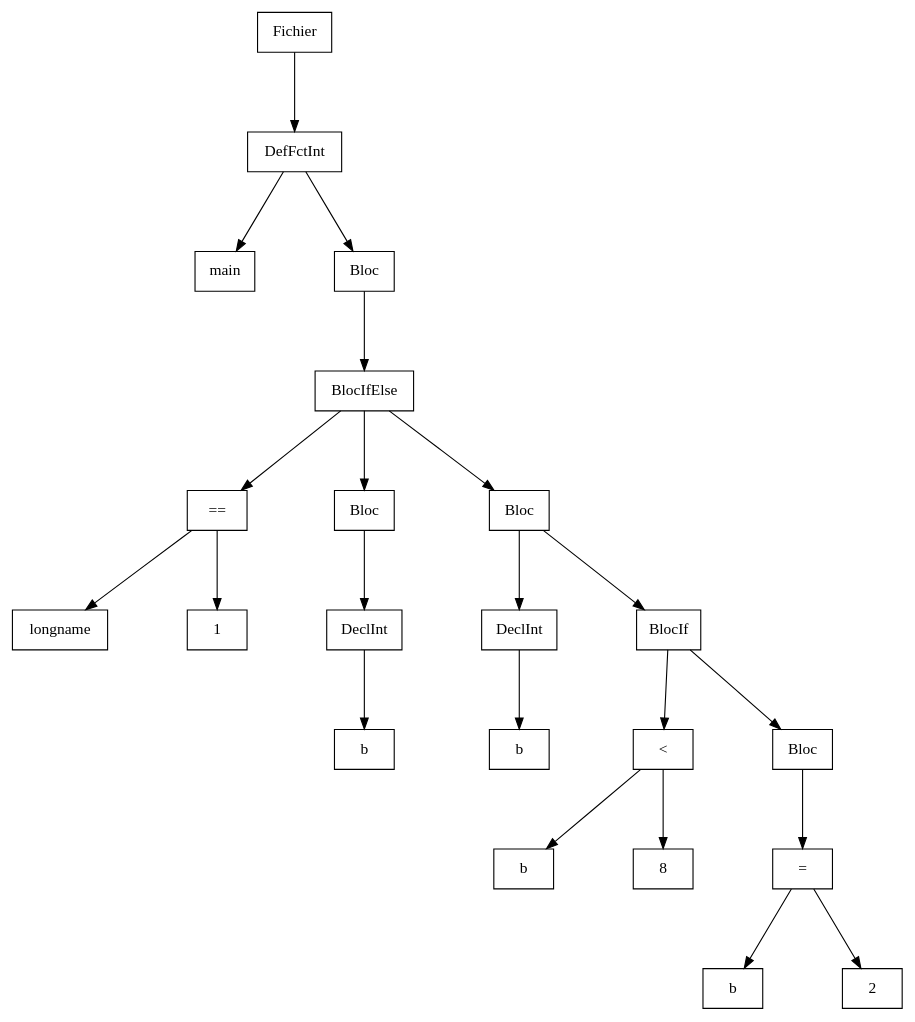
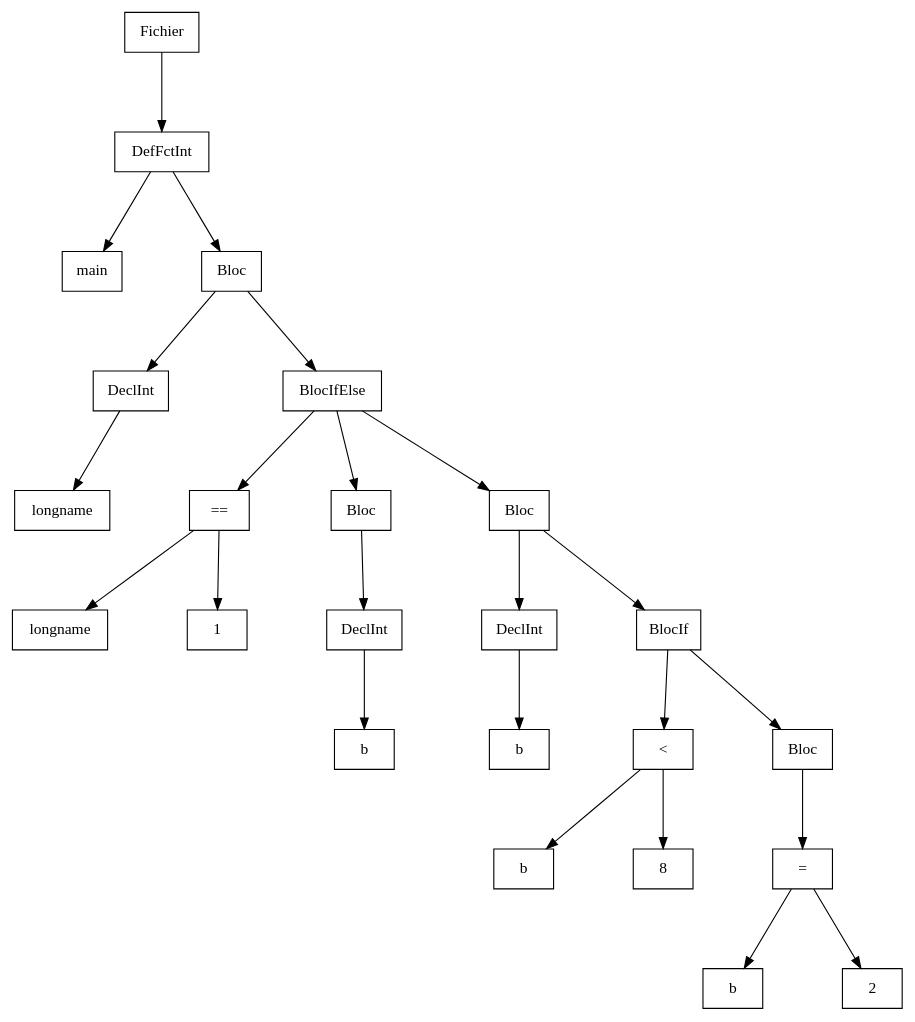
The diagram in Code/out/ast/dot/Test_Erreur_Semantique/return_type3Y.dot (Hamza-ABDOULHOUSSEN/compil), drawn with Graphviz before and after one commit. The commit also changed 51 other files, not shown here.

```diff
--- a/Code/out/ast/dot/Test_Erreur_Semantique/return_type3Y.dot
+++ b/Code/out/ast/dot/Test_Erreur_Semantique/return_type3Y.dot
@@ -1,50 +1,54 @@
 digraph "ast"{
 
 	nodesep=1;
 	ranksep=1;
 
 	N0 [label="Fichier", shape="box"];
 	N1 [label="DefFctInt", shape="box"];
 	N2 [label="main", shape="box"];
 	N3 [label="Bloc", shape="box"];
-	N4 [label="BlocIfElse", shape="box"];
-	N5 [label="==", shape="box"];
-	N6 [label="longname", shape="box"];
-	N7 [label="1", shape="box"];
-	N8 [label="Bloc", shape="box"];
-	N9 [label="DeclInt", shape="box"];
-	N10 [label="b", shape="box"];
-	N11 [label="Bloc", shape="box"];
-	N12 [label="DeclInt", shape="box"];
-	N13 [label="b", shape="box"];
-	N14 [label="BlocIf", shape="box"];
-	N15 [label="<", shape="box"];
-	N16 [label="b", shape="box"];
-	N17 [label="8", shape="box"];
-	N18 [label="Bloc", shape="box"];
-	N19 [label="=", shape="box"];
-	N20 [label="b", shape="box"];
-	N21 [label="2", shape="box"];
+	N4 [label="DeclInt", shape="box"];
+	N5 [label="longname", shape="box"];
+	N6 [label="BlocIfElse", shape="box"];
+	N7 [label="==", shape="box"];
+	N8 [label="longname", shape="box"];
+	N9 [label="1", shape="box"];
+	N10 [label="Bloc", shape="box"];
+	N11 [label="DeclInt", shape="box"];
+	N12 [label="b", shape="box"];
+	N13 [label="Bloc", shape="box"];
+	N14 [label="DeclInt", shape="box"];
+	N15 [label="b", shape="box"];
+	N16 [label="BlocIf", shape="box"];
+	N17 [label="<", shape="box"];
+	N18 [label="b", shape="box"];
+	N19 [label="8", shape="box"];
+	N20 [label="Bloc", shape="box"];
+	N21 [label="=", shape="box"];
+	N22 [label="b", shape="box"];
+	N23 [label="2", shape="box"];
 
 	N1 -> N2; 
-	N5 -> N6; 
-	N5 -> N7; 
 	N4 -> N5; 
-	N9 -> N10; 
-	N8 -> N9; 
-	N4 -> N8; 
-	N12 -> N13; 
+	N3 -> N4; 
+	N7 -> N8; 
+	N7 -> N9; 
+	N6 -> N7; 
 	N11 -> N12; 
-	N15 -> N16; 
-	N15 -> N17; 
+	N10 -> N11; 
+	N6 -> N10; 
 	N14 -> N15; 
-	N19 -> N20; 
-	N19 -> N21; 
-	N18 -> N19; 
-	N14 -> N18; 
-	N11 -> N14; 
-	N4 -> N11; 
-	N3 -> N4; 
+	N13 -> N14; 
+	N17 -> N18; 
+	N17 -> N19; 
+	N16 -> N17; 
+	N21 -> N22; 
+	N21 -> N23; 
+	N20 -> N21; 
+	N16 -> N20; 
+	N13 -> N16; 
+	N6 -> N13; 
+	N3 -> N6; 
 	N1 -> N3; 
 	N0 -> N1; 
 }
```
